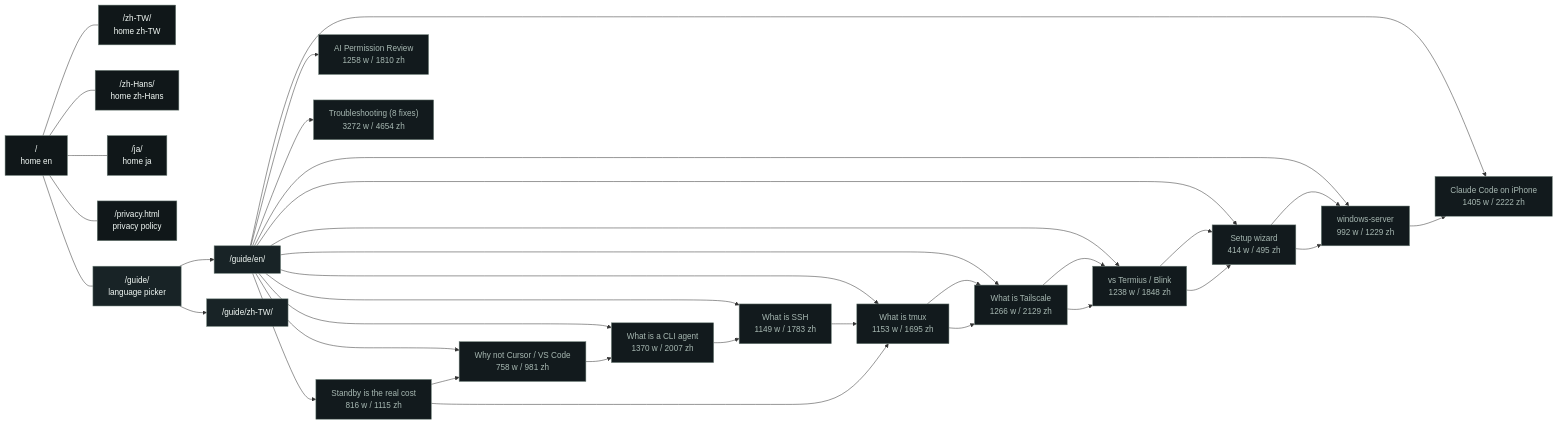
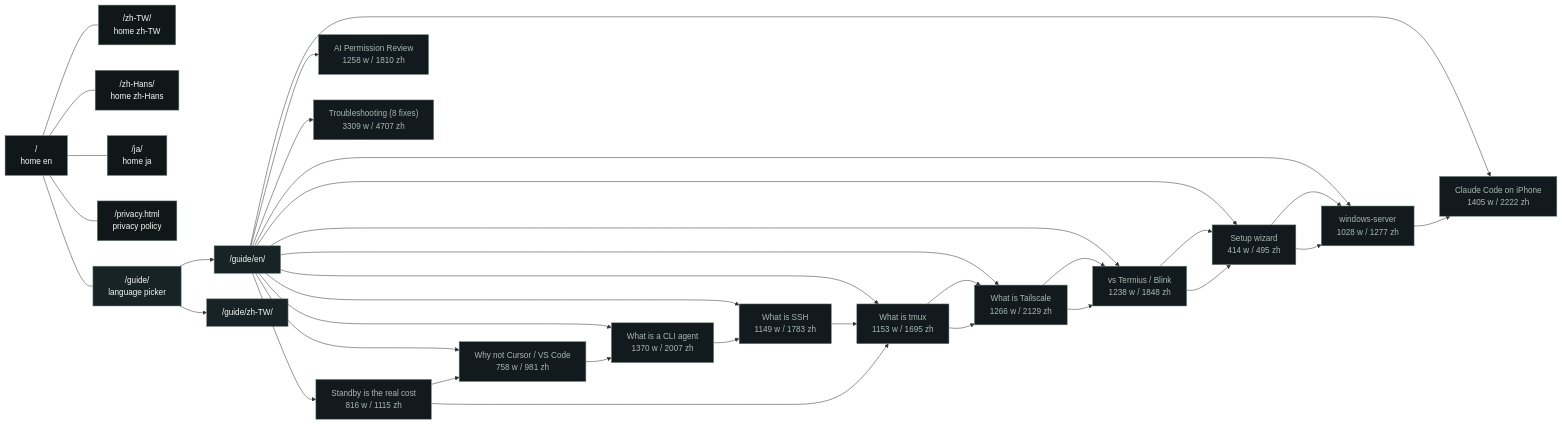
The diagram in SITE_MAP.md (saxlamen/Agentmux-site), drawn with Mermaid before and after one commit. The commit also changed other lines of this file and 11 other files, not shown here.

````diff
--- a/SITE_MAP.md
+++ b/SITE_MAP.md
@@ -46,47 +46,47 @@
 ```mermaid
 graph LR
   H["/<br>home en"]:::home
   homezhtw["/zh-TW/<br>home zh-TW"]:::home
   H --- homezhtw
   homezhhans["/zh-Hans/<br>home zh-Hans"]:::home
   H --- homezhhans
   homeja["/ja/<br>home ja"]:::home
   H --- homeja
   privacypolicy["/privacy.html<br>privacy policy"]:::home
   H --- privacypolicy
   G["/guide/<br>language picker"]:::hub
   H --- G
   EN["/guide/en/"]:::hub
   ZH["/guide/zh-TW/"]:::hub
   G --> EN
   G --> ZH
   EN --> whyremotevibecoding["Standby is the real cost<br>816 w / 1115 zh"]:::art
   EN --> whynotguiide["Why not Cursor / VS Code<br>758 w / 981 zh"]:::art
   EN --> whatiscli["What is a CLI agent<br>1370 w / 2007 zh"]:::art
   EN --> whatisssh["What is SSH<br>1149 w / 1783 zh"]:::art
   EN --> whatistmux["What is tmux<br>1153 w / 1695 zh"]:::art
   EN --> whatistailscale["What is Tailscale<br>1266 w / 2129 zh"]:::art
   EN --> whyagentmux["vs Termius / Blink<br>1238 w / 1848 zh"]:::art
   EN --> setup["Setup wizard<br>414 w / 495 zh"]:::art
-  EN --> windowsserver["windows-server<br>992 w / 1229 zh"]:::art
+  EN --> windowsserver["windows-server<br>1028 w / 1277 zh"]:::art
   EN --> claudecodeoniphone["Claude Code on iPhone<br>1405 w / 2222 zh"]:::art
   EN --> permissionreview["AI Permission Review<br>1258 w / 1810 zh"]:::art
-  EN --> troubleshooting["Troubleshooting (8 fixes)<br>3272 w / 4654 zh"]:::art
+  EN --> troubleshooting["Troubleshooting (8 fixes)<br>3309 w / 4707 zh"]:::art
   whyremotevibecoding --> whynotguiide
   whynotguiide --> whatiscli
   whatiscli --> whatisssh
   whatisssh --> whatistmux
   whatistmux --> whatistailscale
   whatistailscale --> whyagentmux
   whyagentmux --> setup
   setup --> windowsserver
   whyremotevibecoding --> whatistmux
   whatistmux --> whatistailscale
   whatistailscale --> whyagentmux
   whyagentmux --> setup
   setup --> windowsserver
   windowsserver --> claudecodeoniphone
   classDef home fill:#101719,color:#f4fbf7,stroke:#6f817a;
   classDef hub fill:#182326,color:#f4fbf7,stroke:#6f817a;
   classDef art fill:#121a1d,color:#a7b8b2,stroke:#6f817a;
 ```
````
